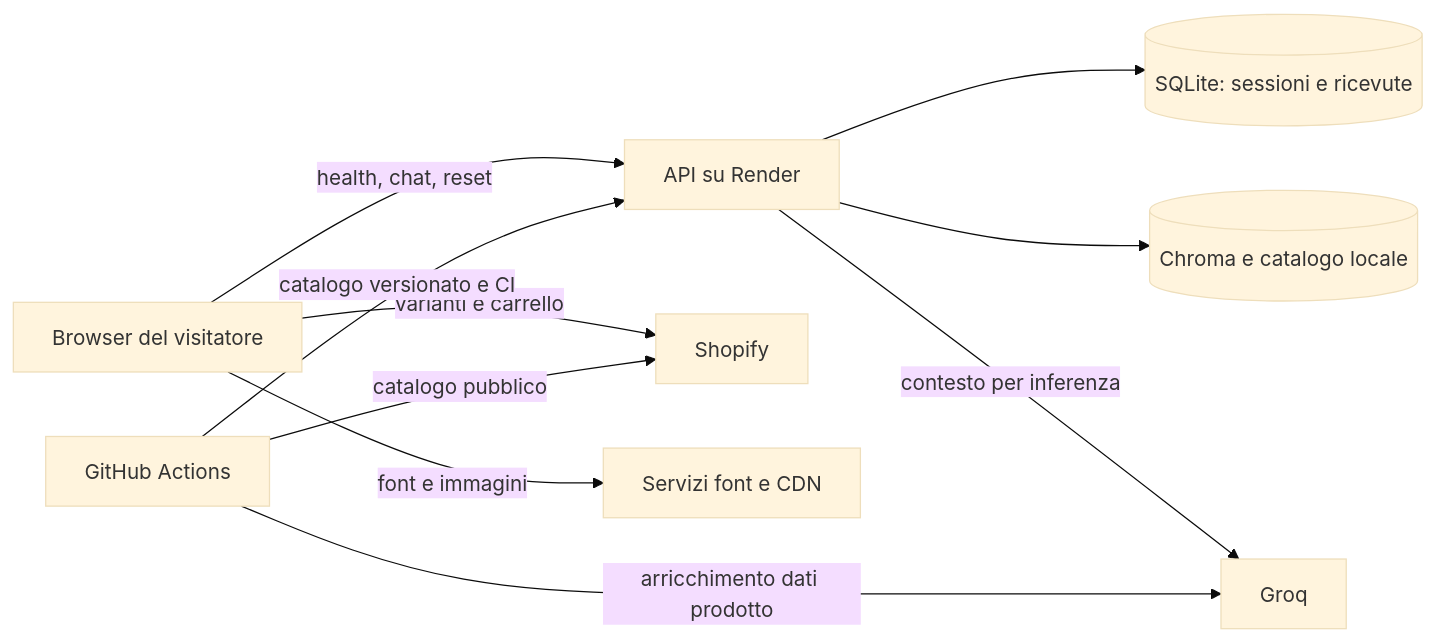
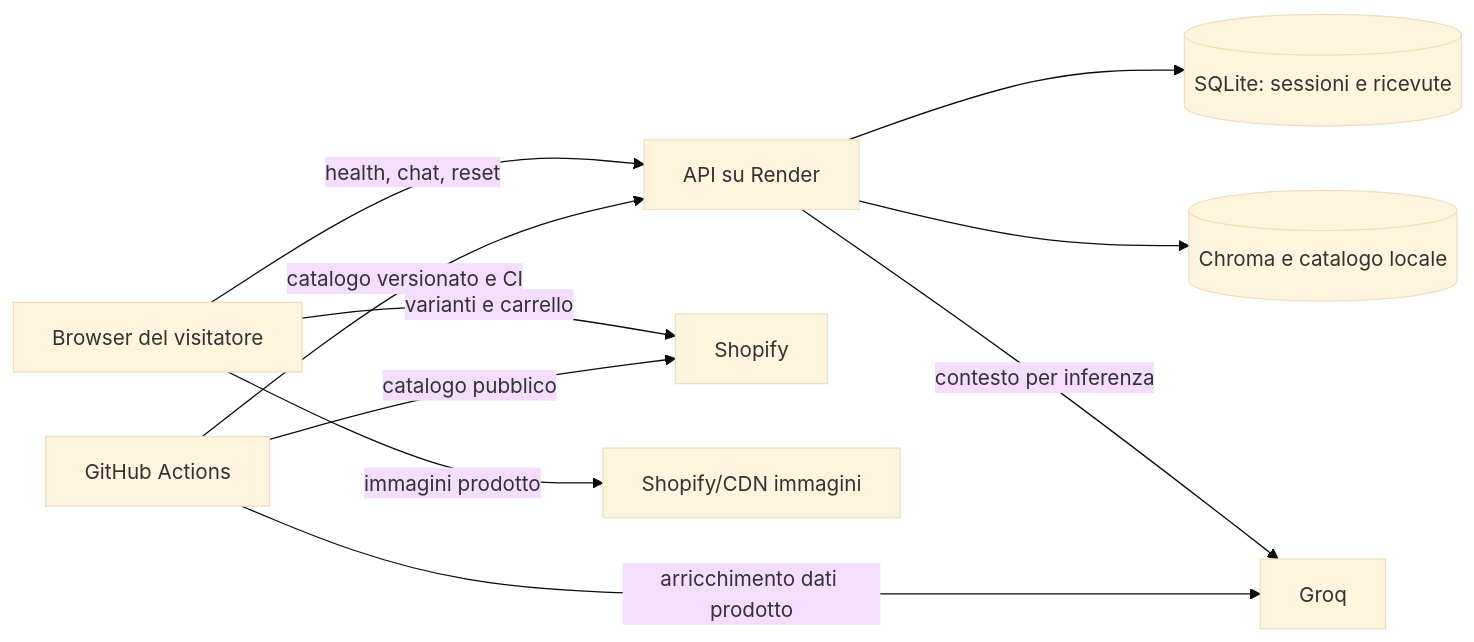
The diagram in docs/delivery/DATA_FLOW.md (colodev25/fragrance-advisor), drawn with Mermaid (base theme) before and after one commit. The commit also changed other lines of this file and 12 other files, not shown here.

````diff
--- a/docs/delivery/DATA_FLOW.md
+++ b/docs/delivery/DATA_FLOW.md
@@ -7,12 +11,12 @@
 ```mermaid
 flowchart LR
     B[Browser del visitatore] -->|health, chat, reset| R[API su Render]
     R --> S[(SQLite: sessioni e ricevute)]
     R --> V[(Chroma e catalogo locale)]
     R -->|contesto per inferenza| G[Groq]
     B -->|varianti e carrello| H[Shopify]
-    B -->|font e immagini| C[Servizi font e CDN]
+    B -->|immagini prodotto| C[Shopify/CDN immagini]
     J[GitHub Actions] -->|catalogo pubblico| H
     J -->|arricchimento dati prodotto| G
     J -->|catalogo versionato e CI| R
 ```
````
